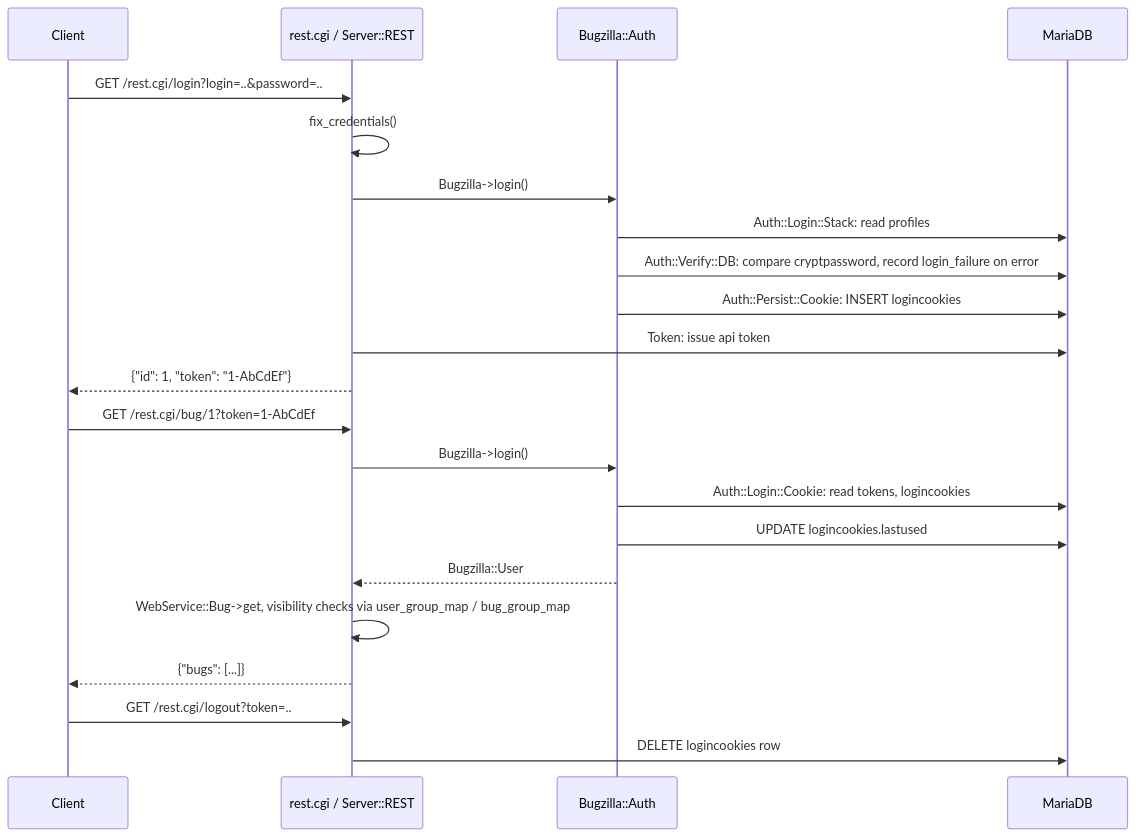
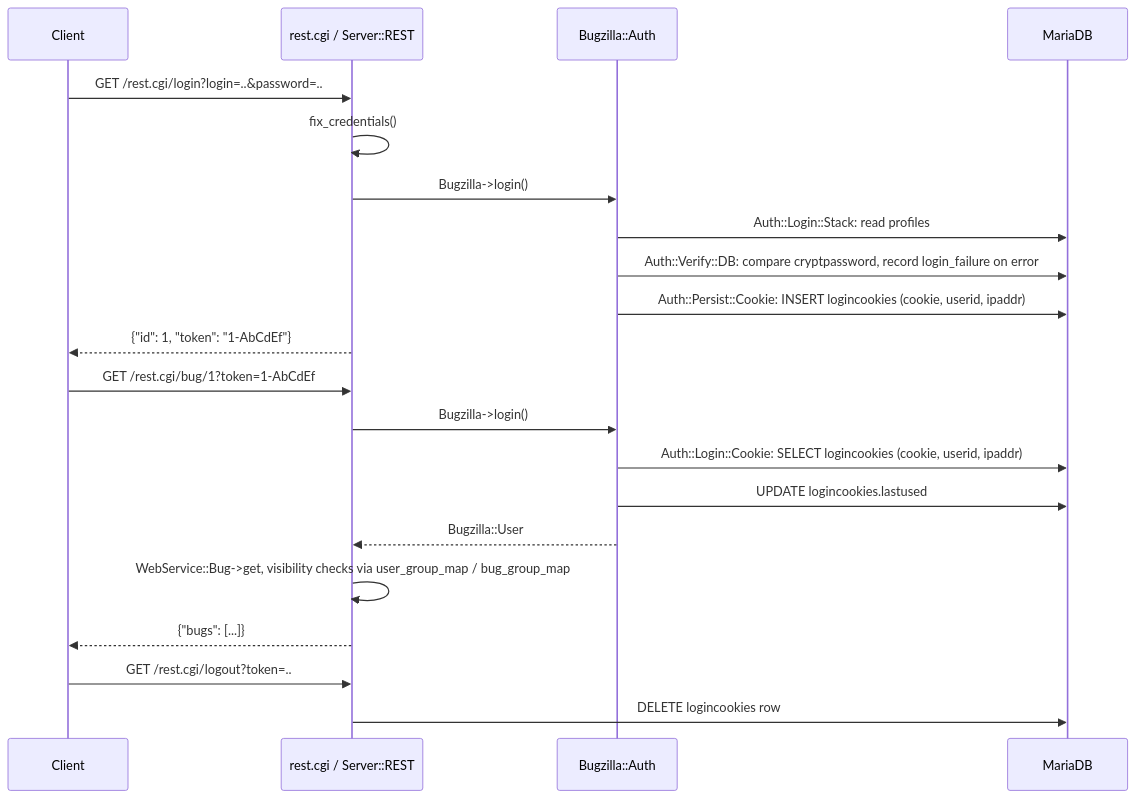
Before and after one commit to COG-GTM/bugzilla: the third of 3 diagrams in docs/migration/ARCHITECTURE.md, drawn with Mermaid. The commit also changed other lines of this file and 2 other files, not shown here.

Commit message:
bug: correct auth, mod_perl and parity details in migration docs; exact user and case-insensitive component matching in seed script

````diff
--- a/docs/migration/ARCHITECTURE.md
+++ b/docs/migration/ARCHITECTURE.md
@@ -250,27 +260,26 @@
 ```mermaid
 sequenceDiagram
   participant C as Client
   participant R as rest.cgi / Server::REST
   participant A as Bugzilla::Auth
   participant D as MariaDB
 
   C->>R: GET /rest.cgi/login?login=..&password=..
   R->>R: fix_credentials()
   R->>A: Bugzilla->login()
   A->>D: Auth::Login::Stack: read profiles
   A->>D: Auth::Verify::DB: compare cryptpassword, record login_failure on error
-  A->>D: Auth::Persist::Cookie: INSERT logincookies
-  R->>D: Token: issue api token
+  A->>D: Auth::Persist::Cookie: INSERT logincookies (cookie, userid, ipaddr)
   R-->>C: {"id": 1, "token": "1-AbCdEf"}
 
   C->>R: GET /rest.cgi/bug/1?token=1-AbCdEf
   R->>A: Bugzilla->login()
-  A->>D: Auth::Login::Cookie: read tokens, logincookies
+  A->>D: Auth::Login::Cookie: SELECT logincookies (cookie, userid, ipaddr)
   A->>D: UPDATE logincookies.lastused
   A-->>R: Bugzilla::User
   R->>R: WebService::Bug->get, visibility checks via user_group_map / bug_group_map
   R-->>C: {"bugs": [...]}
 
   C->>R: GET /rest.cgi/logout?token=..
   R->>D: DELETE logincookies row
 ```
````
